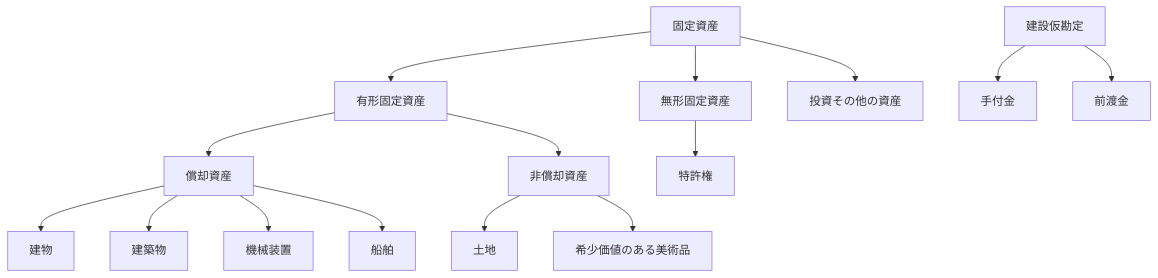
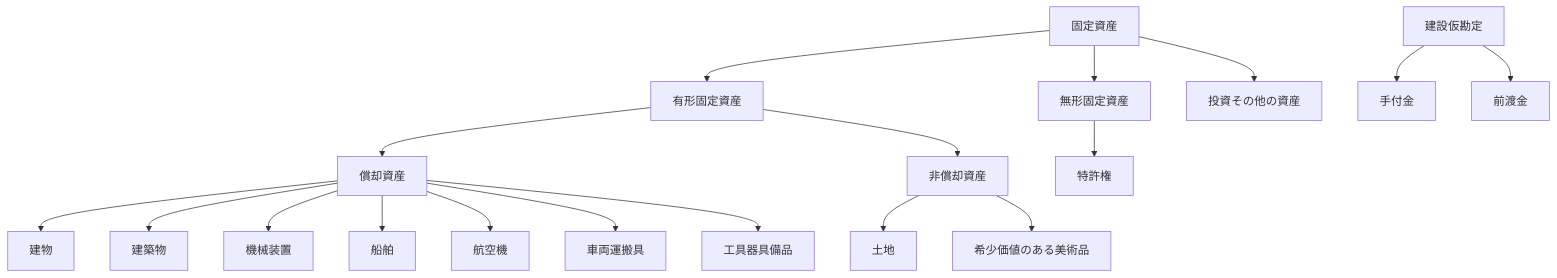
One commit to bebetakumi/mermaid changed the diagram in 固定資産.md. Above: the diagram before and after it, drawn with Mermaid.

````diff
--- a/固定資産.md
+++ b/固定資産.md
@@ -3,12 +3,12 @@
 ```mermaid
 graph TD
 
 固定資産 --> 有形固定資産 --> 償却資産
 固定資産 --> 無形固定資産 --> 特許権
 固定資産 --> 投資その他の資産
 有形固定資産 --> 非償却資産
-償却資産 --> 建物 & 建築物 & 機械装置 & 船舶
+償却資産 --> 建物 & 建築物 & 機械装置 & 船舶 & 航空機 & 車両運搬具 & 工具器具備品
 非償却資産 --> 土地 & 希少価値のある美術品
 建設仮勘定 --> 手付金 & 前渡金
 
 ```
````
